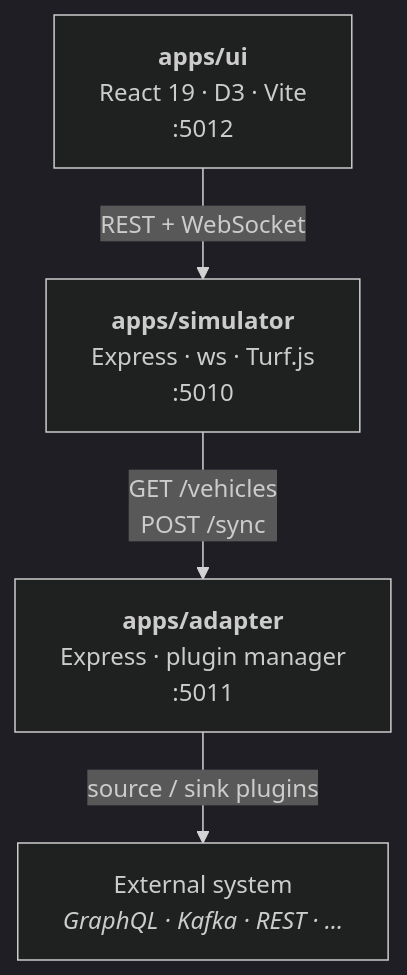
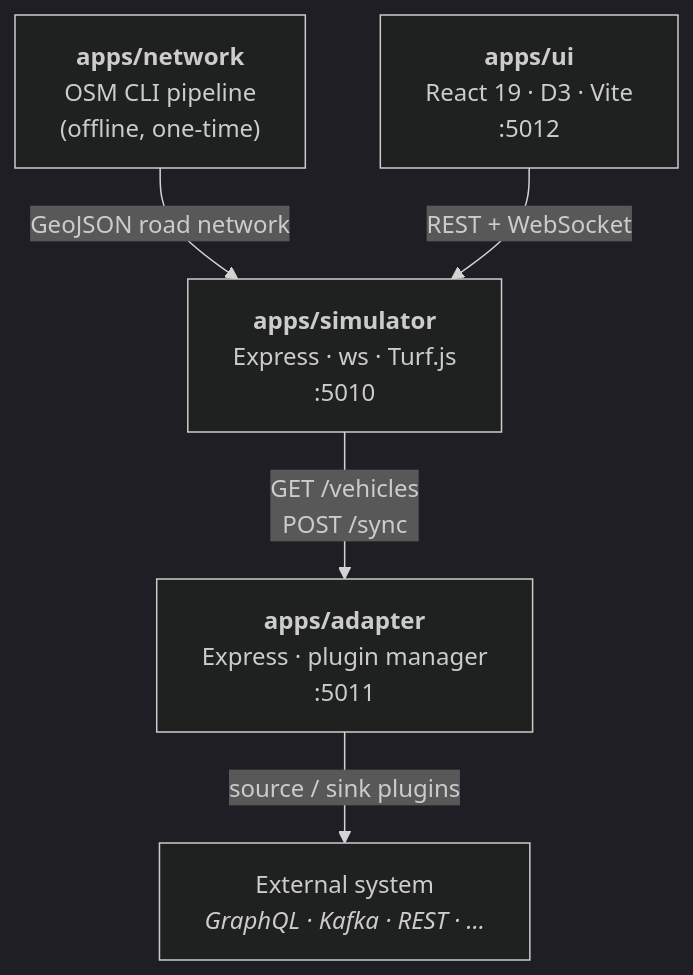
The first of 4 diagrams in README.md (ivannovazzi/moveet), drawn with Mermaid (dark theme) before and after one commit. The commit also changed other lines of this file, not shown here.

Commit message:
docs: update README with new features — network CLI, geofencing, vehicle types, traffic realism

````diff
--- a/README.md
+++ b/README.md
@@ -84,11 +96,13 @@
 ```mermaid
 flowchart TD
+    NET["<b>apps/network</b><br/>OSM CLI pipeline<br/>(offline, one-time)"]
     UI["<b>apps/ui</b><br/>React 19 · D3 · Vite<br/>:5012"]
     SIM["<b>apps/simulator</b><br/>Express · ws · Turf.js<br/>:5010"]
     ADP["<b>apps/adapter</b><br/>Express · plugin manager<br/>:5011"]
     EXT["External system<br/><i>GraphQL · Kafka · REST · …</i>"]
 
+    NET -- "GeoJSON road network" --> SIM
     UI -- "REST + WebSocket" --> SIM
     SIM -- "GET /vehicles<br/>POST /sync" --> ADP
     ADP -- "source / sink plugins" --> EXT
 ```
````
